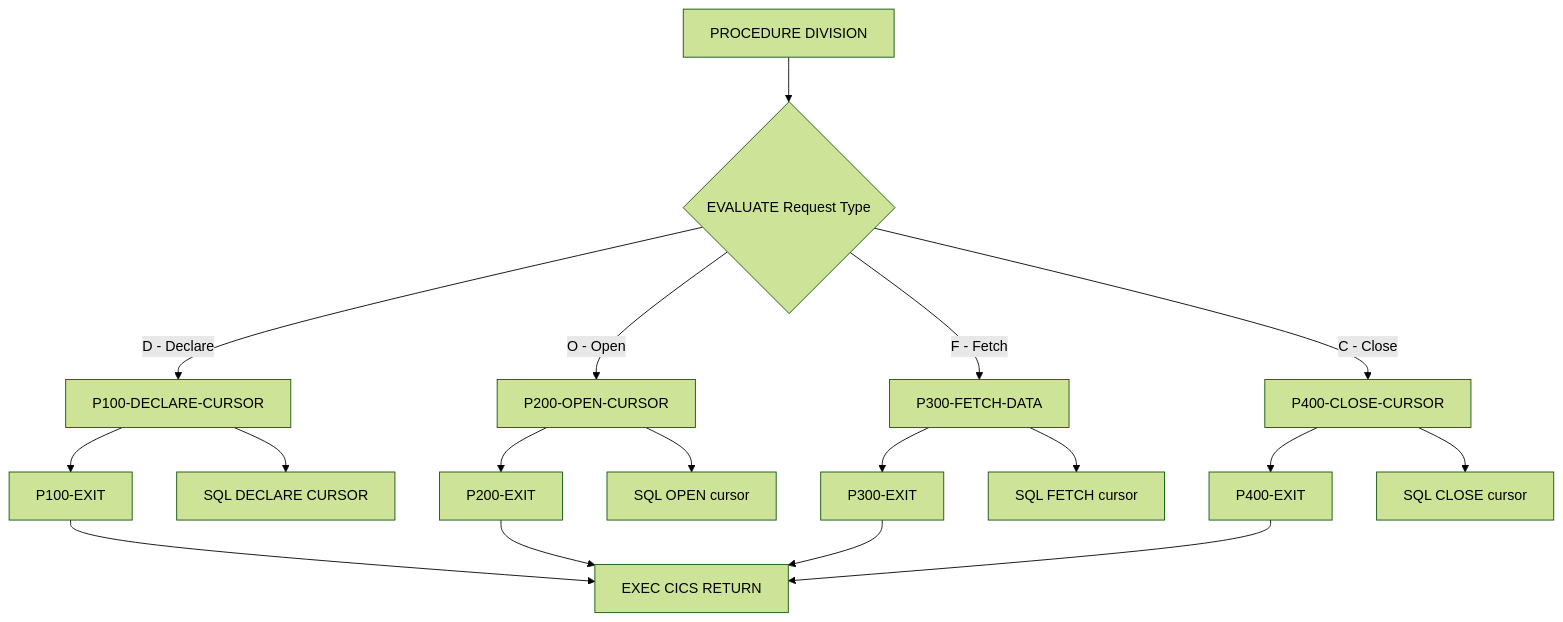
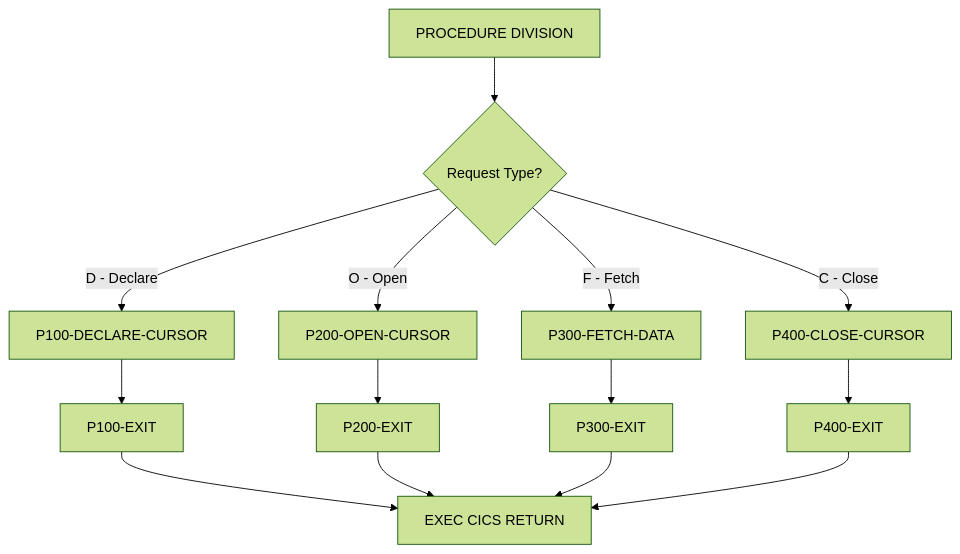
The diagram in docs/programs/CURSMGR.mdx (haladir-com/legacy-benchmark-docs-vb70e1), drawn with Mermaid (forest theme) before and after one commit. The commit also changed other lines of this file and 64 other files, not shown here.

````diff
--- a/docs/programs/CURSMGR.mdx
+++ b/docs/programs/CURSMGR.mdx
@@ -20,23 +21,18 @@
 ```mermaid
 graph TD
-    A[PROCEDURE DIVISION] --> B{EVALUATE Request Type}
+    A[PROCEDURE DIVISION] --> B{Request Type?}
     B -->|D - Declare| C[P100-DECLARE-CURSOR]
     B -->|O - Open| D[P200-OPEN-CURSOR]
     B -->|F - Fetch| E[P300-FETCH-DATA]
     B -->|C - Close| F[P400-CLOSE-CURSOR]
     
-    C --> C1[P100-EXIT]
-    D --> D1[P200-EXIT]
-    E --> E1[P300-EXIT]
-    F --> F1[P400-EXIT]
+    C --> G[P100-EXIT]
+    D --> H[P200-EXIT]
+    E --> I[P300-EXIT]
+    F --> J[P400-EXIT]
     
-    C1 --> G[EXEC CICS RETURN]
-    D1 --> G
-    E1 --> G
-    F1 --> G
-    
-    C --> C2[SQL DECLARE CURSOR]
-    D --> D2[SQL OPEN cursor]
-    E --> E2[SQL FETCH cursor]
-    F --> F2[SQL CLOSE cursor]
+    G --> K[EXEC CICS RETURN]
+    H --> K
+    I --> K
+    J --> K
 ```
````
